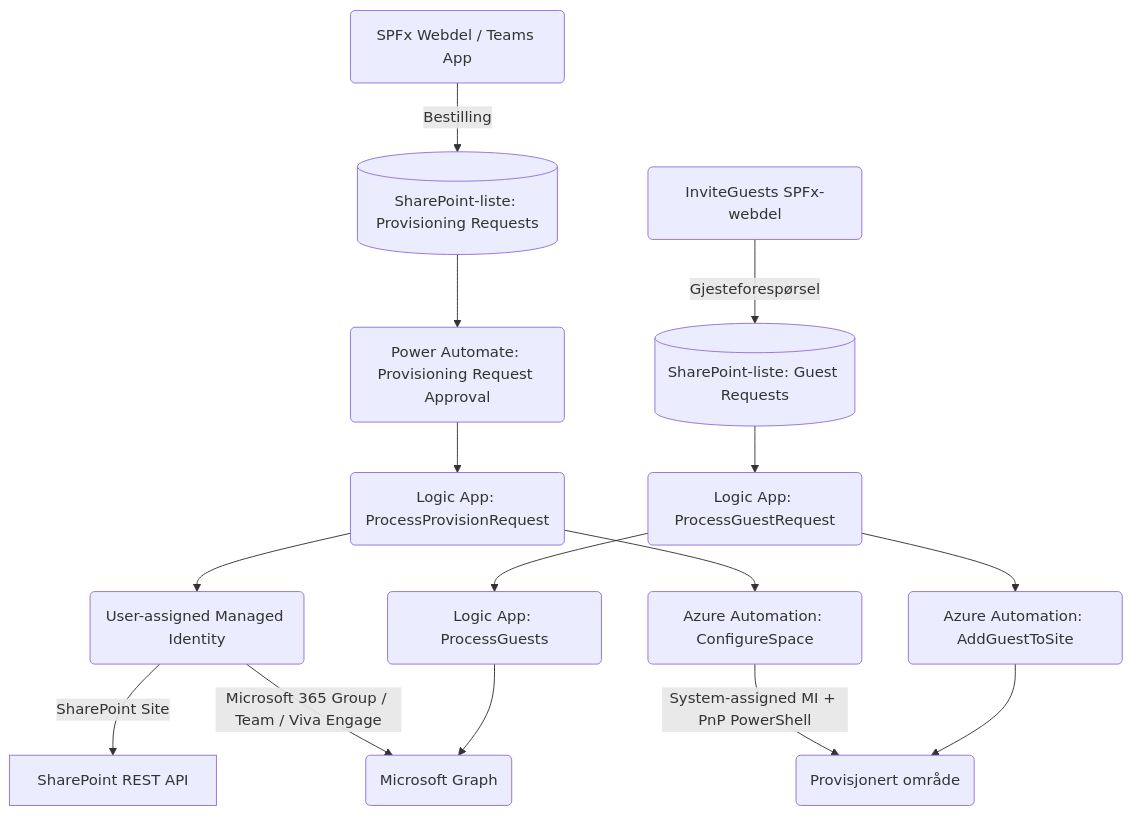
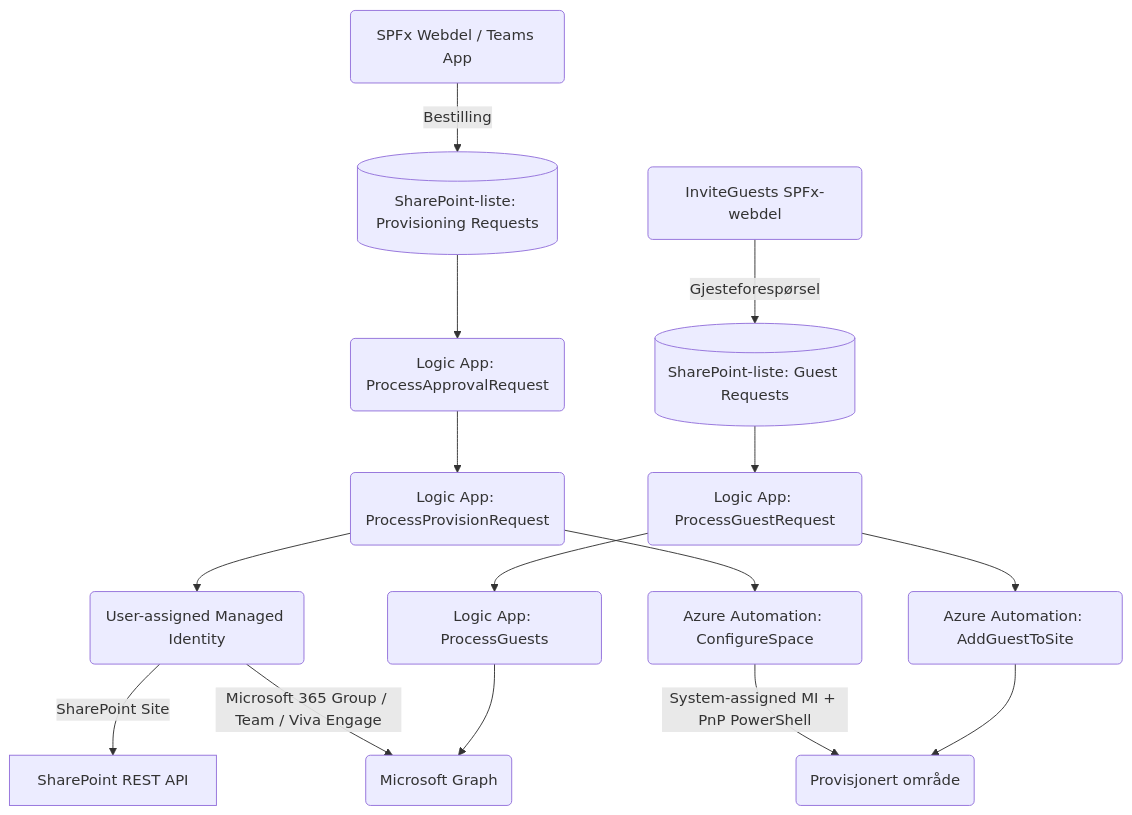
One commit to Puzzlepart/bestillingsportalen changed the first of 2 diagrams in Teknisk-losningsbeskrivelse.md. Above: the diagram before and after it, drawn with Mermaid. The commit also changed other lines of this file and 27 other files, not shown here.

Commit message:
Erstatt godkjenningsflyten i Power Automate med Logic App (#51)

````diff
--- a/Teknisk-losningsbeskrivelse.md
+++ b/Teknisk-losningsbeskrivelse.md
@@ -15,14 +15,14 @@
 ``` mermaid
 graph TD
     A(SPFx Webdel / Teams App) --> |Bestilling| B[(SharePoint-liste: Provisioning Requests)]
-    B --> C(Power Automate: Provisioning Request Approval)
+    B --> C(Logic App: ProcessApprovalRequest)
     C --> D(Logic App: ProcessProvisionRequest)
     D --> E(User-assigned Managed Identity)
     E --> |SharePoint Site| H[SharePoint REST API]
     E --> |Microsoft 365 Group / Team / Viva Engage| I(Microsoft Graph)
     D --> K(Azure Automation: ConfigureSpace)
     K --> |System-assigned MI + PnP PowerShell| M(Provisjonert område)
     N(InviteGuests SPFx-webdel) --> |Gjesteforespørsel| O[(SharePoint-liste: Guest Requests)]
     O --> P(Logic App: ProcessGuestRequest) --> Q(Logic App: ProcessGuests) --> I
     P --> R(Azure Automation: AddGuestToSite) --> M
 ```
````
